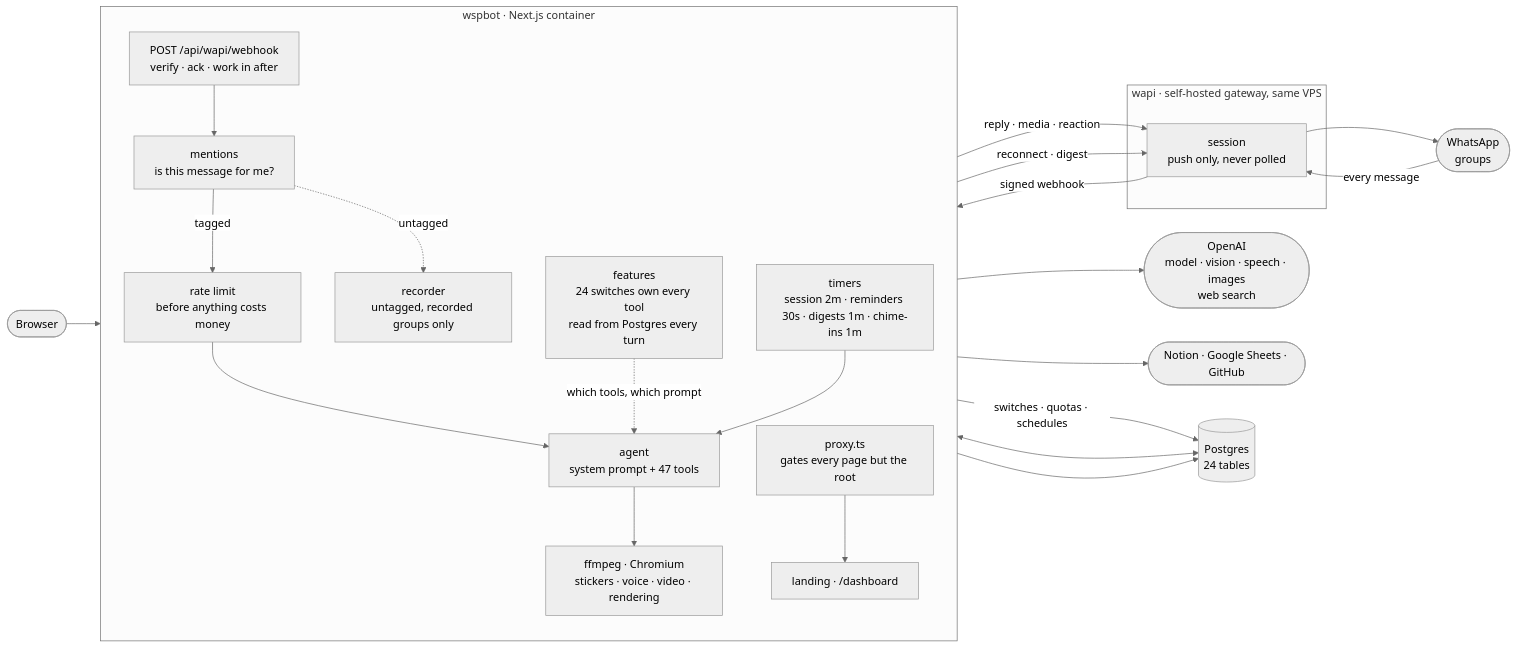
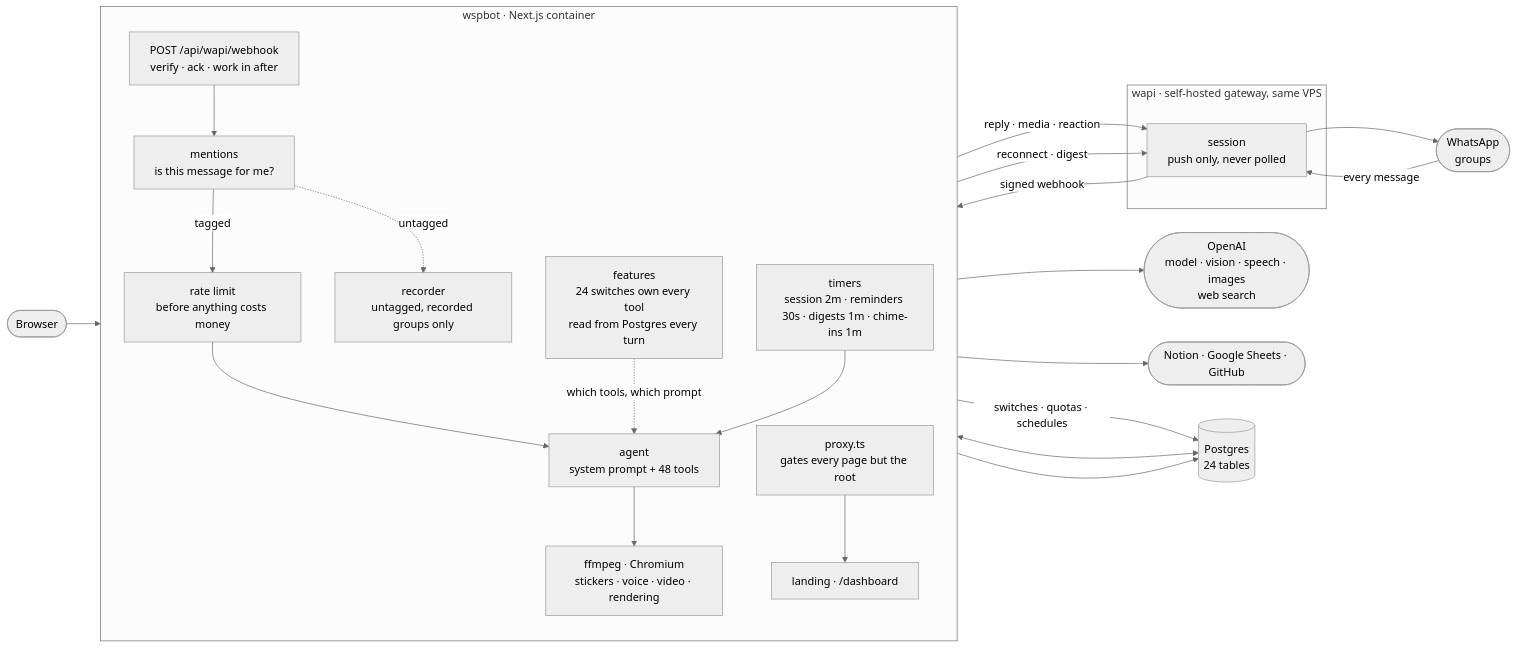
The first of 2 diagrams in README.md (Jibaru/wspbot), drawn with Mermaid (neutral theme) before and after one commit. The commit also changed other lines of this file and 6 other files, not shown here.

````diff
--- a/README.md
+++ b/README.md
@@ -67,47 +67,47 @@
 ```mermaid
 flowchart LR
     WA(["WhatsApp<br/>groups"])
     BROWSER(["Browser"])
     OPENAI(["OpenAI<br/>model · vision · speech · images<br/>web search"])
     EXT(["Notion · Google Sheets · GitHub"])
 
     subgraph gw["wapi · self-hosted gateway, same VPS"]
         SESSION["session<br/>push only, never polled"]
     end
 
     subgraph app["wspbot · Next.js container"]
         direction TB
         HOOK["POST /api/wapi/webhook<br/>verify · ack · work in after"]
         GATE["mentions<br/>is this message for me?"]
         LIMIT["rate limit<br/>before anything costs money"]
         REC["recorder<br/>untagged, recorded groups only"]
-        AGENT["agent<br/>system prompt + 47 tools"]
+        AGENT["agent<br/>system prompt + 48 tools"]
         TIMERS["timers<br/>session 2m · reminders 30s · digests 1m · chime-ins 1m"]
         FEAT["features<br/>24 switches own every tool<br/>read from Postgres every turn"]
         FF["ffmpeg · Chromium<br/>stickers · voice · video · rendering"]
         PROXY["proxy.ts<br/>gates every page but the root"]
         PAGES["landing · /dashboard"]
     end
 
     PG[("Postgres<br/>24 tables")]
 
     WA -->|"every message"| SESSION
     SESSION -->|"signed webhook"| HOOK
     HOOK --> GATE
     GATE -->|"tagged"| LIMIT
     GATE -.->|"untagged"| REC
     LIMIT --> AGENT
     FEAT -.->|"which tools, which prompt"| AGENT
     AGENT --> OPENAI
     AGENT --> FF
     AGENT --> EXT
     AGENT -->|"reply · media · reaction"| SESSION
     SESSION --> WA
 
     BROWSER --> PROXY --> PAGES
     PAGES -->|"switches · quotas · schedules"| PG
     AGENT <--> PG
     REC --> PG
     TIMERS --> AGENT
     TIMERS -->|"reconnect · digest"| SESSION
 ```
````
